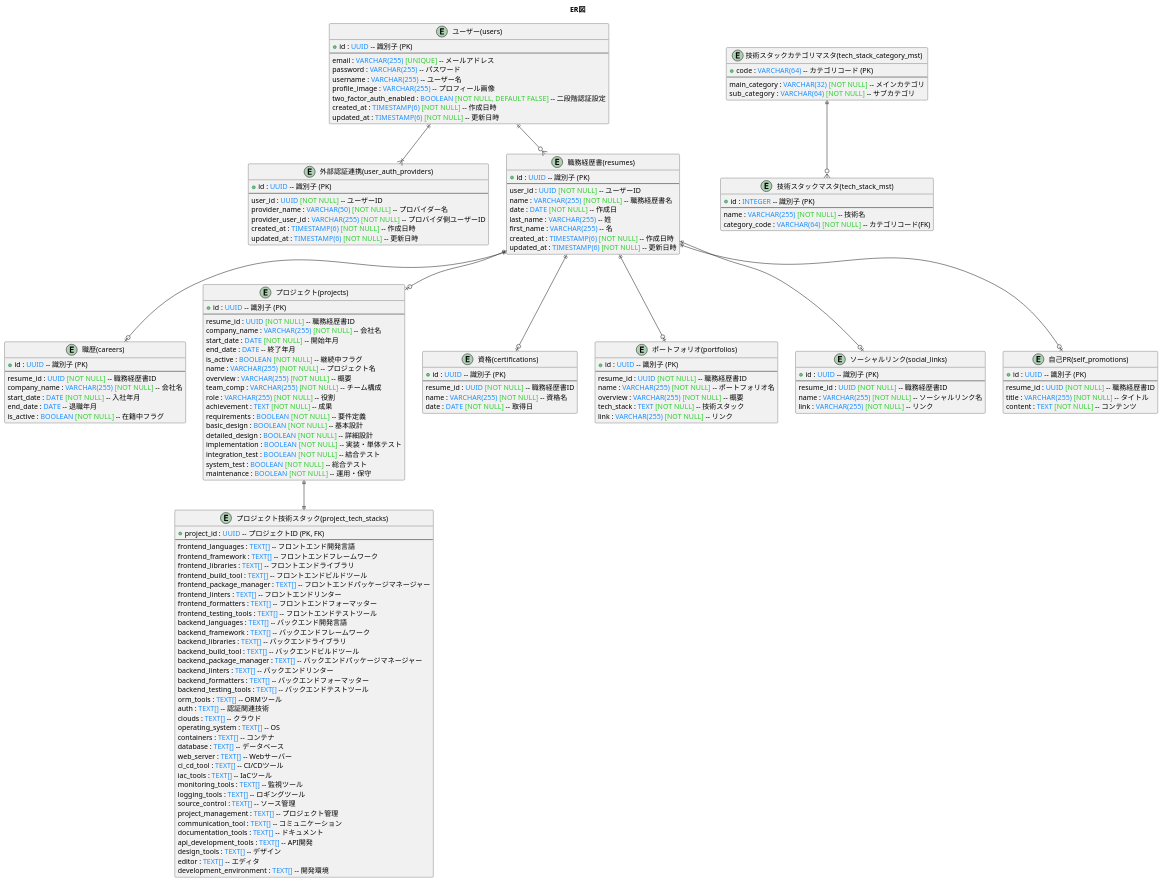
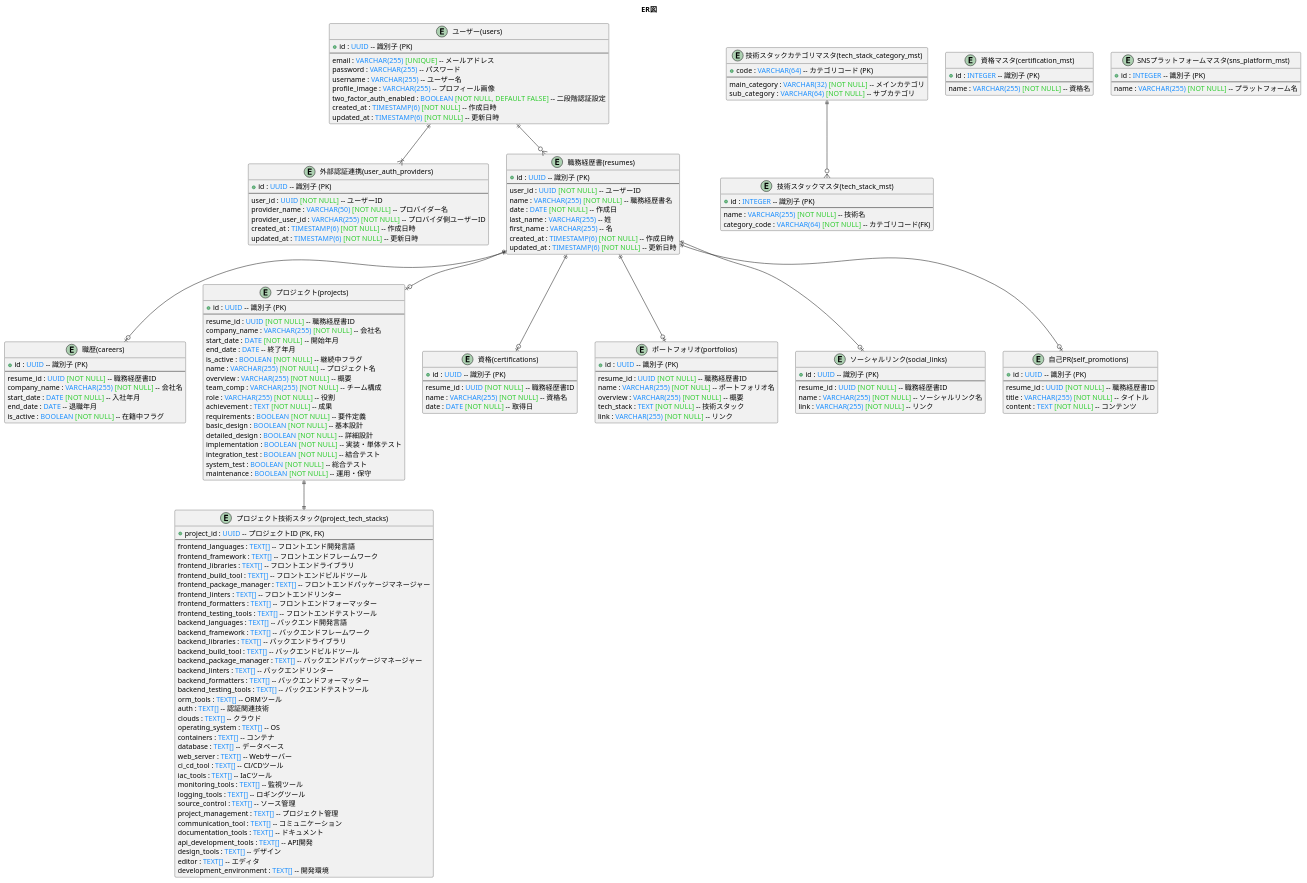
One commit to DogisRiki/KeirekiPro changed the diagram in doc/DB設計/ER図.pu. Above: the diagram before and after it, drawn with PlantUML. The commit also changed 24 other files, not shown here.

```diff
--- a/doc/DB設計/ER図.pu
+++ b/doc/DB設計/ER図.pu
@@ -1,176 +1,188 @@
 @startuml ER図
 
 title ER図
 
 entity "ユーザー(users)" as users {
     + id : <color:#1E90FF>UUID</color> -- 識別子 (PK)
     --
     email : <color:#1E90FF>VARCHAR(255)</color> <color:#32CD32>[UNIQUE]</color> -- メールアドレス
     password : <color:#1E90FF>VARCHAR(255)</color> -- パスワード
     username : <color:#1E90FF>VARCHAR(255)</color> -- ユーザー名
     profile_image : <color:#1E90FF>VARCHAR(255)</color> -- プロフィール画像
     two_factor_auth_enabled : <color:#1E90FF>BOOLEAN</color> <color:#32CD32>[NOT NULL, DEFAULT FALSE]</color> -- 二段階認証設定
     created_at : <color:#1E90FF>TIMESTAMP(6)</color> <color:#32CD32>[NOT NULL]</color> -- 作成日時
     updated_at : <color:#1E90FF>TIMESTAMP(6)</color> <color:#32CD32>[NOT NULL]</color> -- 更新日時
 }
 
 entity "外部認証連携(user_auth_providers)" as UserAuthProviders {
     + id : <color:#1E90FF>UUID</color> -- 識別子 (PK)
     --
     user_id : <color:#1E90FF>UUID</color> <color:#32CD32>[NOT NULL]</color> -- ユーザーID
     provider_name : <color:#1E90FF>VARCHAR(50)</color> <color:#32CD32>[NOT NULL]</color> -- プロバイダー名
     provider_user_id : <color:#1E90FF>VARCHAR(255)</color> <color:#32CD32>[NOT NULL]</color> -- プロバイダ側ユーザーID
     created_at : <color:#1E90FF>TIMESTAMP(6)</color> <color:#32CD32>[NOT NULL]</color> -- 作成日時
     updated_at : <color:#1E90FF>TIMESTAMP(6)</color> <color:#32CD32>[NOT NULL]</color> -- 更新日時
 }
 
 entity "職務経歴書(resumes)" as Resumes {
     + id : <color:#1E90FF>UUID</color> -- 識別子 (PK)
     --
     user_id : <color:#1E90FF>UUID</color> <color:#32CD32>[NOT NULL]</color> -- ユーザーID
     name : <color:#1E90FF>VARCHAR(255)</color> <color:#32CD32>[NOT NULL]</color> -- 職務経歴書名
     date : <color:#1E90FF>DATE</color> <color:#32CD32>[NOT NULL]</color> -- 作成日
     last_name : <color:#1E90FF>VARCHAR(255)</color> -- 姓
     first_name : <color:#1E90FF>VARCHAR(255)</color> -- 名
     created_at : <color:#1E90FF>TIMESTAMP(6)</color> <color:#32CD32>[NOT NULL]</color> -- 作成日時
     updated_at : <color:#1E90FF>TIMESTAMP(6)</color> <color:#32CD32>[NOT NULL]</color> -- 更新日時
 }
 
 entity "職歴(careers)" as Careers {
     + id : <color:#1E90FF>UUID</color> -- 識別子 (PK)
     --
     resume_id : <color:#1E90FF>UUID</color> <color:#32CD32>[NOT NULL]</color> -- 職務経歴書ID
     company_name : <color:#1E90FF>VARCHAR(255)</color> <color:#32CD32>[NOT NULL]</color> -- 会社名
     start_date : <color:#1E90FF>DATE</color> <color:#32CD32>[NOT NULL]</color> -- 入社年月
     end_date : <color:#1E90FF>DATE</color> -- 退職年月
     is_active : <color:#1E90FF>BOOLEAN</color> <color:#32CD32>[NOT NULL]</color> -- 在籍中フラグ
 }
 
 entity "プロジェクト(projects)" as Projects {
     + id : <color:#1E90FF>UUID</color> -- 識別子 (PK)
     --
     resume_id : <color:#1E90FF>UUID</color> <color:#32CD32>[NOT NULL]</color> -- 職務経歴書ID
     company_name : <color:#1E90FF>VARCHAR(255)</color> <color:#32CD32>[NOT NULL]</color> -- 会社名
     start_date : <color:#1E90FF>DATE</color> <color:#32CD32>[NOT NULL]</color> -- 開始年月
     end_date : <color:#1E90FF>DATE</color> -- 終了年月
     is_active : <color:#1E90FF>BOOLEAN</color> <color:#32CD32>[NOT NULL]</color> -- 継続中フラグ
     name : <color:#1E90FF>VARCHAR(255)</color> <color:#32CD32>[NOT NULL]</color> -- プロジェクト名
     overview : <color:#1E90FF>VARCHAR(255)</color> <color:#32CD32>[NOT NULL]</color> -- 概要
     team_comp : <color:#1E90FF>VARCHAR(255)</color> <color:#32CD32>[NOT NULL]</color> -- チーム構成
     role : <color:#1E90FF>VARCHAR(255)</color> <color:#32CD32>[NOT NULL]</color> -- 役割
     achievement : <color:#1E90FF>TEXT</color> <color:#32CD32>[NOT NULL]</color> -- 成果
     requirements : <color:#1E90FF>BOOLEAN</color> <color:#32CD32>[NOT NULL]</color> -- 要件定義
     basic_design : <color:#1E90FF>BOOLEAN</color> <color:#32CD32>[NOT NULL]</color> -- 基本設計
     detailed_design : <color:#1E90FF>BOOLEAN</color> <color:#32CD32>[NOT NULL]</color> -- 詳細設計
     implementation : <color:#1E90FF>BOOLEAN</color> <color:#32CD32>[NOT NULL]</color> -- 実装・単体テスト
     integration_test : <color:#1E90FF>BOOLEAN</color> <color:#32CD32>[NOT NULL]</color> -- 結合テスト
     system_test : <color:#1E90FF>BOOLEAN</color> <color:#32CD32>[NOT NULL]</color> -- 総合テスト
     maintenance : <color:#1E90FF>BOOLEAN</color> <color:#32CD32>[NOT NULL]</color> -- 運用・保守
 }
 
 entity "プロジェクト技術スタック(project_tech_stacks)" as ProjectTechStacks {
     + project_id : <color:#1E90FF>UUID</color> -- プロジェクトID (PK, FK)
     --
     frontend_languages : <color:#1E90FF>TEXT[]</color> -- フロントエンド開発言語
     frontend_framework : <color:#1E90FF>TEXT[]</color> -- フロントエンドフレームワーク
     frontend_libraries : <color:#1E90FF>TEXT[]</color> -- フロントエンドライブラリ
     frontend_build_tool : <color:#1E90FF>TEXT[]</color> -- フロントエンドビルドツール
     frontend_package_manager : <color:#1E90FF>TEXT[]</color> -- フロントエンドパッケージマネージャー
     frontend_linters : <color:#1E90FF>TEXT[]</color> -- フロントエンドリンター
     frontend_formatters : <color:#1E90FF>TEXT[]</color> -- フロントエンドフォーマッター
     frontend_testing_tools : <color:#1E90FF>TEXT[]</color> -- フロントエンドテストツール
     backend_languages : <color:#1E90FF>TEXT[]</color> -- バックエンド開発言語
     backend_framework : <color:#1E90FF>TEXT[]</color> -- バックエンドフレームワーク
     backend_libraries : <color:#1E90FF>TEXT[]</color> -- バックエンドライブラリ
     backend_build_tool : <color:#1E90FF>TEXT[]</color> -- バックエンドビルドツール
     backend_package_manager : <color:#1E90FF>TEXT[]</color> -- バックエンドパッケージマネージャー
     backend_linters : <color:#1E90FF>TEXT[]</color> -- バックエンドリンター
     backend_formatters : <color:#1E90FF>TEXT[]</color> -- バックエンドフォーマッター
     backend_testing_tools : <color:#1E90FF>TEXT[]</color> -- バックエンドテストツール
     orm_tools : <color:#1E90FF>TEXT[]</color> -- ORMツール
     auth : <color:#1E90FF>TEXT[]</color> -- 認証関連技術
     clouds : <color:#1E90FF>TEXT[]</color> -- クラウド
     operating_system : <color:#1E90FF>TEXT[]</color> -- OS
     containers : <color:#1E90FF>TEXT[]</color> -- コンテナ
     database : <color:#1E90FF>TEXT[]</color> -- データベース
     web_server : <color:#1E90FF>TEXT[]</color> -- Webサーバー
     ci_cd_tool : <color:#1E90FF>TEXT[]</color> -- CI/CDツール
     iac_tools : <color:#1E90FF>TEXT[]</color> -- IaCツール
     monitoring_tools : <color:#1E90FF>TEXT[]</color> -- 監視ツール
     logging_tools : <color:#1E90FF>TEXT[]</color> -- ロギングツール
     source_control : <color:#1E90FF>TEXT[]</color> -- ソース管理
     project_management : <color:#1E90FF>TEXT[]</color> -- プロジェクト管理
     communication_tool : <color:#1E90FF>TEXT[]</color> -- コミュニケーション
     documentation_tools : <color:#1E90FF>TEXT[]</color> -- ドキュメント
     api_development_tools : <color:#1E90FF>TEXT[]</color> -- API開発
     design_tools : <color:#1E90FF>TEXT[]</color> -- デザイン
     editor : <color:#1E90FF>TEXT[]</color> -- エディタ
     development_environment : <color:#1E90FF>TEXT[]</color> -- 開発環境
 }
 
 entity "資格(certifications)" as Certifications {
     + id : <color:#1E90FF>UUID</color> -- 識別子 (PK)
     --
     resume_id : <color:#1E90FF>UUID</color> <color:#32CD32>[NOT NULL]</color> -- 職務経歴書ID
     name : <color:#1E90FF>VARCHAR(255)</color> <color:#32CD32>[NOT NULL]</color> -- 資格名
     date : <color:#1E90FF>DATE</color> <color:#32CD32>[NOT NULL]</color> -- 取得日
 }
 
 entity "ポートフォリオ(portfolios)" as Portfolios {
     + id : <color:#1E90FF>UUID</color> -- 識別子 (PK)
     --
     resume_id : <color:#1E90FF>UUID</color> <color:#32CD32>[NOT NULL]</color> -- 職務経歴書ID
     name : <color:#1E90FF>VARCHAR(255)</color> <color:#32CD32>[NOT NULL]</color> -- ポートフォリオ名
     overview : <color:#1E90FF>VARCHAR(255)</color> <color:#32CD32>[NOT NULL]</color> -- 概要
     tech_stack : <color:#1E90FF>TEXT</color> <color:#32CD32>[NOT NULL]</color> -- 技術スタック
     link : <color:#1E90FF>VARCHAR(255)</color> <color:#32CD32>[NOT NULL]</color> -- リンク
 }
 
 entity "ソーシャルリンク(social_links)" as SocialLinks {
     + id : <color:#1E90FF>UUID</color> -- 識別子 (PK)
     --
     resume_id : <color:#1E90FF>UUID</color> <color:#32CD32>[NOT NULL]</color> -- 職務経歴書ID
     name : <color:#1E90FF>VARCHAR(255)</color> <color:#32CD32>[NOT NULL]</color> -- ソーシャルリンク名
     link : <color:#1E90FF>VARCHAR(255)</color> <color:#32CD32>[NOT NULL]</color> -- リンク
 }
 
 entity "自己PR(self_promotions)" as SelfPromotions {
     + id : <color:#1E90FF>UUID</color> -- 識別子 (PK)
     --
     resume_id : <color:#1E90FF>UUID</color> <color:#32CD32>[NOT NULL]</color> -- 職務経歴書ID
     title : <color:#1E90FF>VARCHAR(255)</color> <color:#32CD32>[NOT NULL]</color> -- タイトル
     content : <color:#1E90FF>TEXT</color> <color:#32CD32>[NOT NULL]</color> -- コンテンツ
 }
 
 entity "技術スタックカテゴリマスタ(tech_stack_category_mst)" as TechStackCategoryMst {
     + code : <color:#1E90FF>VARCHAR(64)</color> -- カテゴリコード (PK)
     --
     main_category : <color:#1E90FF>VARCHAR(32)</color> <color:#32CD32>[NOT NULL]</color> -- メインカテゴリ
     sub_category  : <color:#1E90FF>VARCHAR(64)</color> <color:#32CD32>[NOT NULL]</color> -- サブカテゴリ
 }
 
 entity "技術スタックマスタ(tech_stack_mst)" as TechStackMst {
     + id : <color:#1E90FF>INTEGER</color> -- 識別子 (PK)
     --
     name : <color:#1E90FF>VARCHAR(255)</color> <color:#32CD32>[NOT NULL]</color> -- 技術名
     category_code : <color:#1E90FF>VARCHAR(64)</color> <color:#32CD32>[NOT NULL]</color> -- カテゴリコード(FK)
 }
 
+entity "資格マスタ(certification_mst)" as CertificationMst {
+    + id : <color:#1E90FF>INTEGER</color> -- 識別子 (PK)
+    --
+    name : <color:#1E90FF>VARCHAR(255)</color> <color:#32CD32>[NOT NULL]</color> -- 資格名
+}
+
+entity "SNSプラットフォームマスタ(sns_platform_mst)" as SnsPlatformMst {
+    + id : <color:#1E90FF>INTEGER</color> -- 識別子 (PK)
+    --
+    name : <color:#1E90FF>VARCHAR(255)</color> <color:#32CD32>[NOT NULL]</color> -- プラットフォーム名
+}
+
 ' ----------------------
 ' リレーション定義
 ' ----------------------
 users ||--o{ Resumes
 users ||--|{ UserAuthProviders
 
 Resumes ||--o| Careers
 Resumes ||--o| Projects
 Resumes ||--o| Certifications
 Resumes ||--o| Portfolios
 Resumes ||--o| SocialLinks
 Resumes ||--o| SelfPromotions
 
 Projects ||--|| ProjectTechStacks
 
 TechStackCategoryMst ||--o{ TechStackMst
 
 @enduml
```
